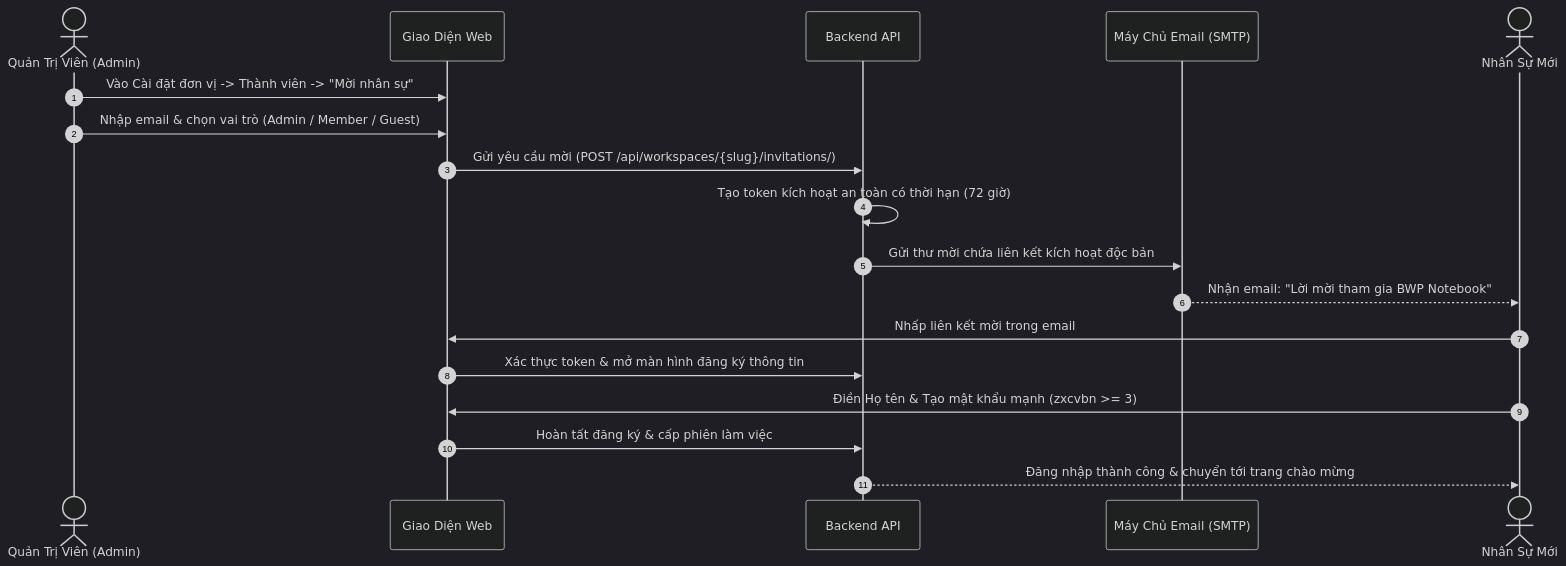
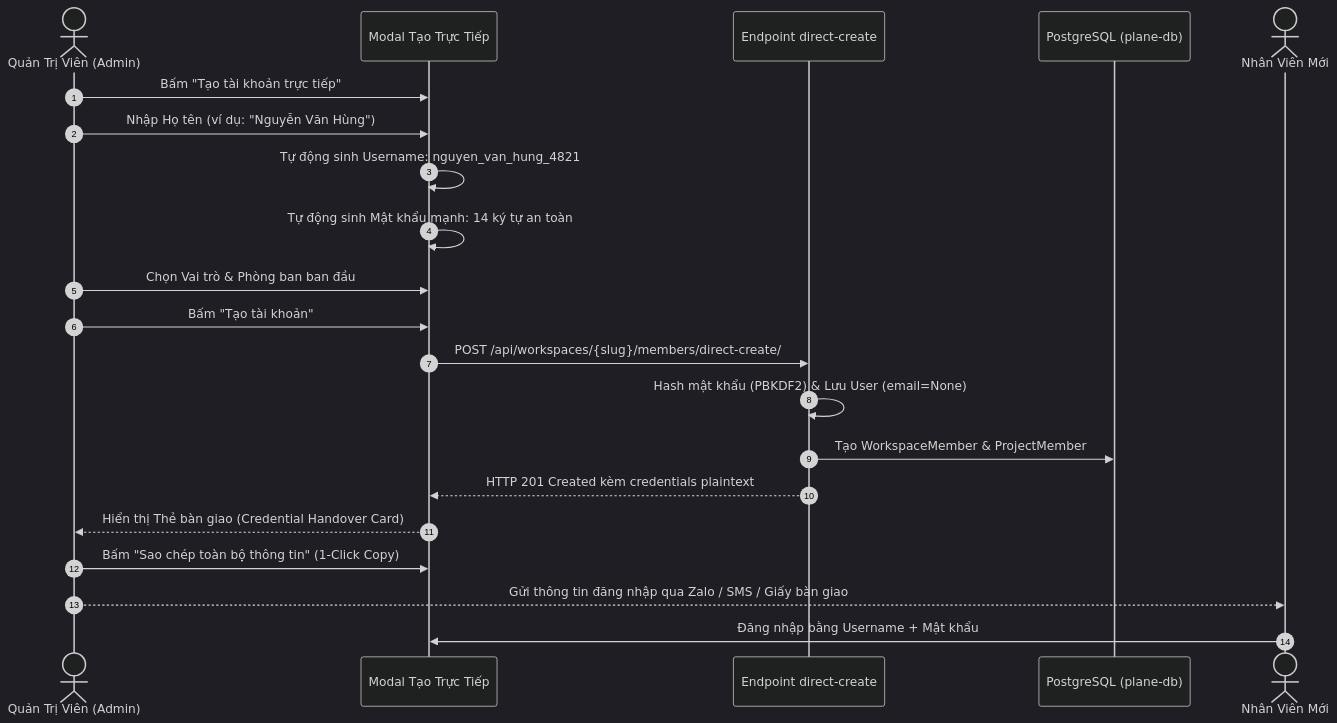
One commit to bwpnora/BWP-Notebook-v2 changed the sixth of 22 diagrams in USER_GUIDE_VI.md. Above: the diagram before and after it, drawn with Mermaid (dark theme). The commit also changed other lines of this file, not shown here.

Commit message:
docs: update user guide with automated credential creation and RBAC scoping

````diff
--- a/USER_GUIDE_VI.md
+++ b/USER_GUIDE_VI.md
@@ -743,21 +778,24 @@
 ```mermaid
 sequenceDiagram
     autonumber
     actor Admin as Quản Trị Viên (Admin)
-    participant Web as Giao Diện Web
-    participant API as Backend API
-    participant Mail as Máy Chủ Email (SMTP)
-    actor Member as Nhân Sự Mới
+    participant UI as Modal Tạo Trực Tiếp
+    participant API as Endpoint direct-create
+    participant DB as PostgreSQL (plane-db)
+    actor Member as Nhân Viên Mới
 
-    Admin->>Web: Vào Cài đặt đơn vị -> Thành viên -> "Mời nhân sự"
-    Admin->>Web: Nhập email & chọn vai trò (Admin / Member / Guest)
-    Web->>API: Gửi yêu cầu mời (POST /api/workspaces/{slug}/invitations/)
-    API->>API: Tạo token kích hoạt an toàn có thời hạn (72 giờ)
-    API->>Mail: Gửi thư mời chứa liên kết kích hoạt độc bản
-    Mail-->>Member: Nhận email: "Lời mời tham gia BWP Notebook"
-    Member->>Web: Nhấp liên kết mời trong email
-    Web->>API: Xác thực token & mở màn hình đăng ký thông tin
-    Member->>Web: Điền Họ tên & Tạo mật khẩu mạnh (zxcvbn >= 3)
-    Web->>API: Hoàn tất đăng ký & cấp phiên làm việc
-    API-->>Member: Đăng nhập thành công & chuyển tới trang chào mừng
+    Admin->>UI: Bấm "Tạo tài khoản trực tiếp"
+    Admin->>UI: Nhập Họ tên (ví dụ: "Nguyễn Văn Hùng")
+    UI->>UI: Tự động sinh Username: nguyen_van_hung_4821
+    UI->>UI: Tự động sinh Mật khẩu mạnh: 14 ký tự an toàn
+    Admin->>UI: Chọn Vai trò & Phòng ban ban đầu
+    Admin->>UI: Bấm "Tạo tài khoản"
+    UI->>API: POST /api/workspaces/{slug}/members/direct-create/
+    API->>API: Hash mật khẩu (PBKDF2) & Lưu User (email=None)
+    API->>DB: Tạo WorkspaceMember & ProjectMember
+    API-->>UI: HTTP 201 Created kèm credentials plaintext
+    UI-->>Admin: Hiển thị Thẻ bàn giao (Credential Handover Card)
+    Admin->>UI: Bấm "Sao chép toàn bộ thông tin" (1-Click Copy)
+    Admin-->>Member: Gửi thông tin đăng nhập qua Zalo / SMS / Giấy bàn giao
+    Member->>UI: Đăng nhập bằng Username + Mật khẩu
 ```
````
